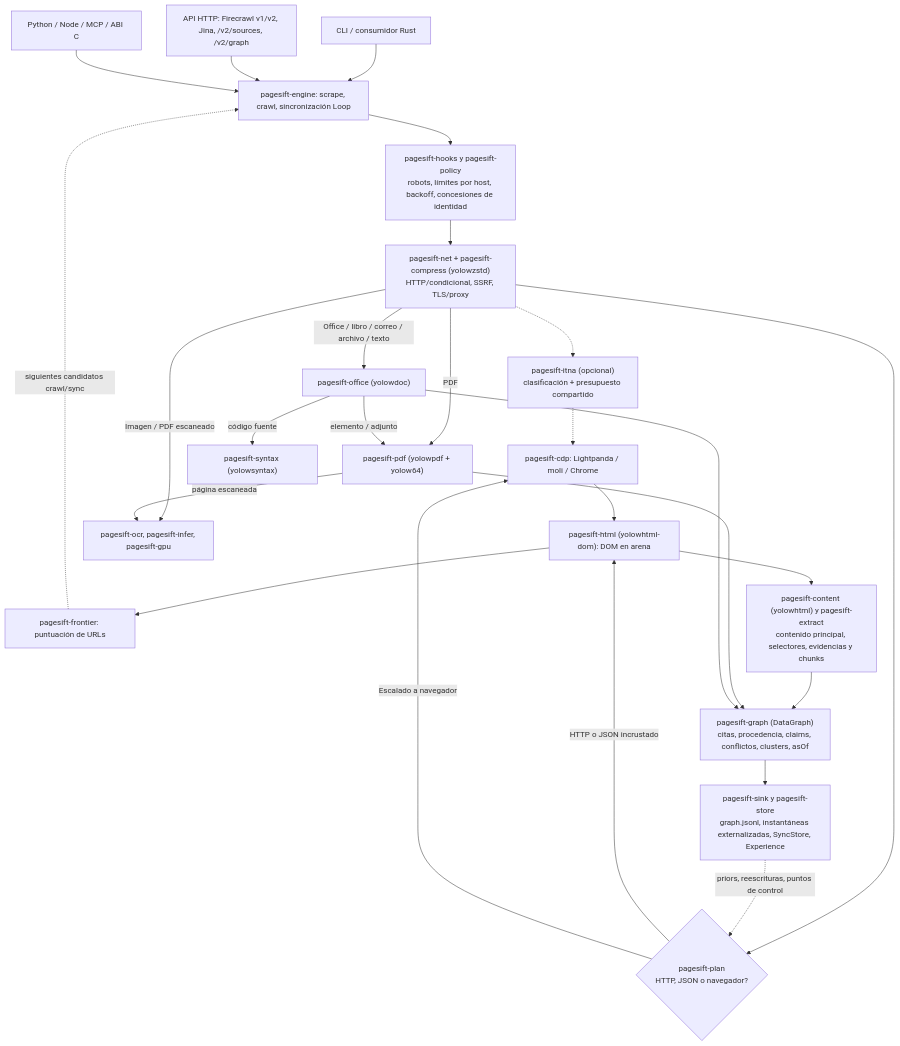
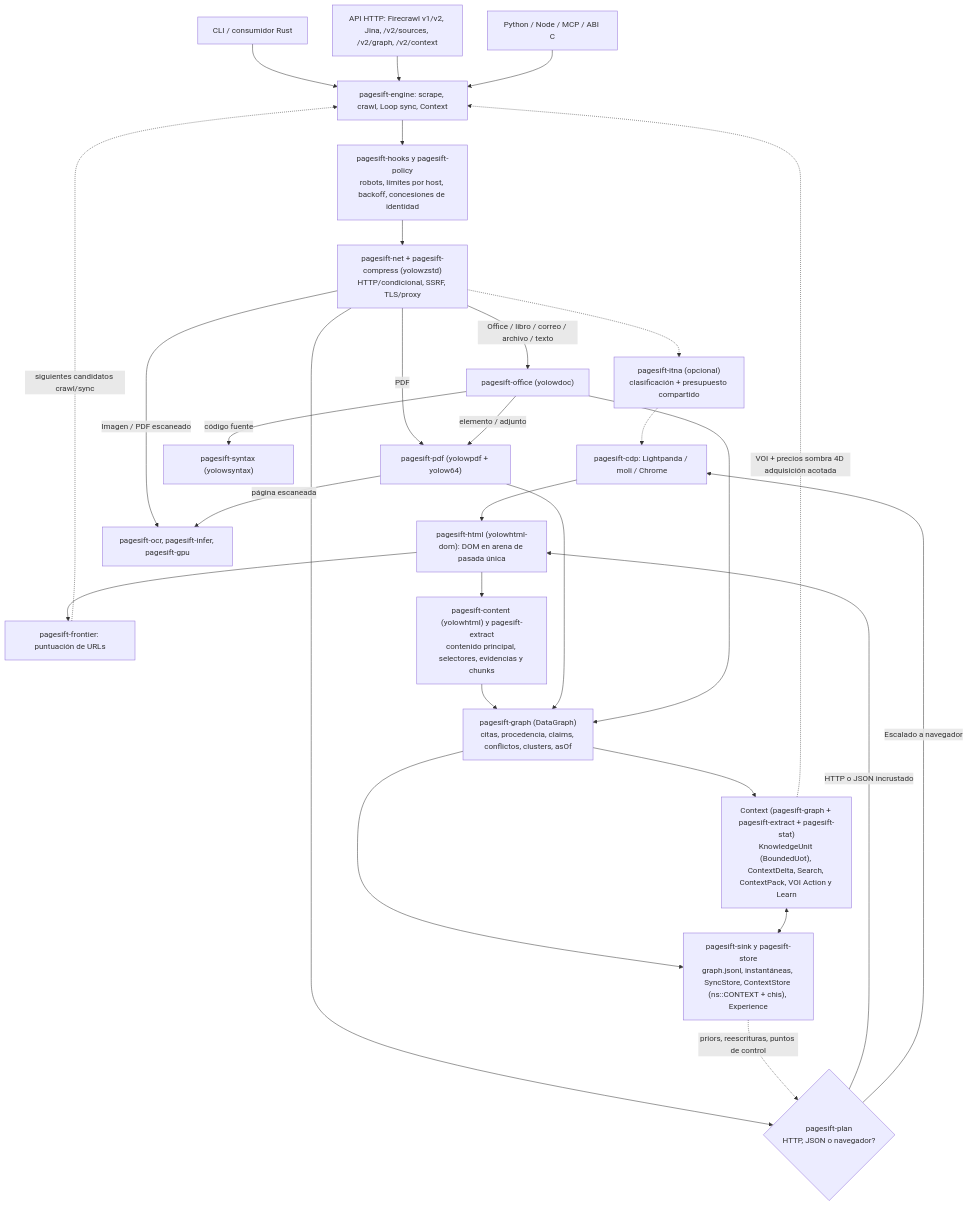
One commit to YOLOW92/pagesift changed the first of 4 diagrams in docs/README.es.md. Above: the diagram before and after it, drawn with Mermaid. The commit also changed other lines of this file and 167 other files, not shown here.

````diff
--- a/docs/README.es.md
+++ b/docs/README.es.md
@@ -137,34 +143,37 @@
 ```mermaid
 flowchart TD
-    CLI["CLI / consumidor Rust"] --> Engine["pagesift-engine: scrape, crawl, sincronización Loop"]
-    HTTP["API HTTP: Firecrawl v1/v2, Jina, /v2/sources, /v2/graph"] --> Engine
+    CLI["CLI / consumidor Rust"] --> Engine["pagesift-engine: scrape, crawl, Loop sync, Context"]
+    HTTP["API HTTP: Firecrawl v1/v2, Jina, /v2/sources, /v2/graph, /v2/context"] --> Engine
     Bind["Python / Node / MCP / ABI C"] --> Engine
 
     Engine --> Policy["pagesift-hooks y pagesift-policy<br/>robots, límites por host, backoff, concesiones de identidad"]
     Policy --> Net["pagesift-net + pagesift-compress (yolowzstd)<br/>HTTP/condicional, SSRF, TLS/proxy"]
     Net -.-> ITNA["pagesift-itna (opcional)<br/>clasificación + presupuesto compartido"]
     ITNA -.-> CDP
 
     Net --> Plan{"pagesift-plan<br/>HTTP, JSON o navegador?"}
-    Plan -->|HTTP o JSON incrustado| DOM["pagesift-html (yolowhtml-dom): DOM en arena"]
+    Plan -->|HTTP o JSON incrustado| DOM["pagesift-html (yolowhtml-dom): DOM en arena de pasada única"]
     Plan -->|Escalado a navegador| CDP["pagesift-cdp: Lightpanda / moli / Chrome"]
     CDP --> DOM
 
     Net -->|PDF| PDF["pagesift-pdf (yolowpdf + yolow64)"]
     Net -->|Office / libro / correo / archivo / texto| Office["pagesift-office (yolowdoc)"]
     Net -->|Imagen / PDF escaneado| OCR["pagesift-ocr, pagesift-infer, pagesift-gpu"]
     Office -->|elemento / adjunto| PDF
     Office -->|código fuente| Syntax["pagesift-syntax (yolowsyntax)"]
     PDF -->|página escaneada| OCR
 
     DOM --> Frontier["pagesift-frontier: puntuación de URLs"]
     Frontier -.->|siguientes candidatos crawl/sync| Engine
     DOM --> Content["pagesift-content (yolowhtml) y pagesift-extract<br/>contenido principal, selectores, evidencias y chunks"]
 
     Content --> Graph["pagesift-graph (DataGraph)<br/>citas, procedencia, claims, conflictos, clusters, asOf"]
     PDF --> Graph
     Office --> Graph
 
-    Graph --> Out["pagesift-sink y pagesift-store<br/>graph.jsonl, instantáneas externalizadas, SyncStore, Experience"]
+    Graph --> Ctx["Context (pagesift-graph + pagesift-extract + pagesift-stat)<br/>KnowledgeUnit (BoundedUot), ContextDelta, Search, ContextPack, VOI Action y Learn"]
+    Graph --> Out["pagesift-sink y pagesift-store<br/>graph.jsonl, instantáneas, SyncStore, ContextStore (ns::CONTEXT + chis), Experience"]
+    Ctx <--> Out
+    Ctx -.->|VOI + precios sombra 4D adquisición acotada| Engine
     Out -.->|priors, reescrituras, puntos de control| Plan
 ```
````
